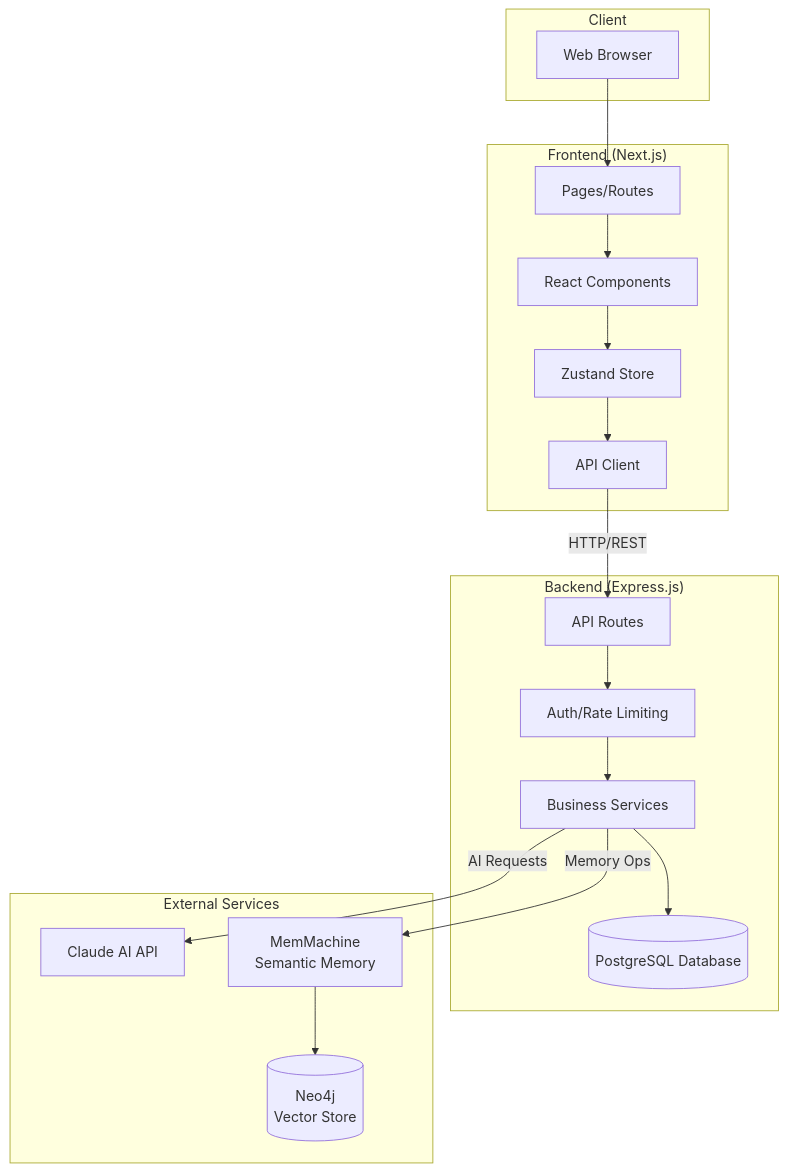
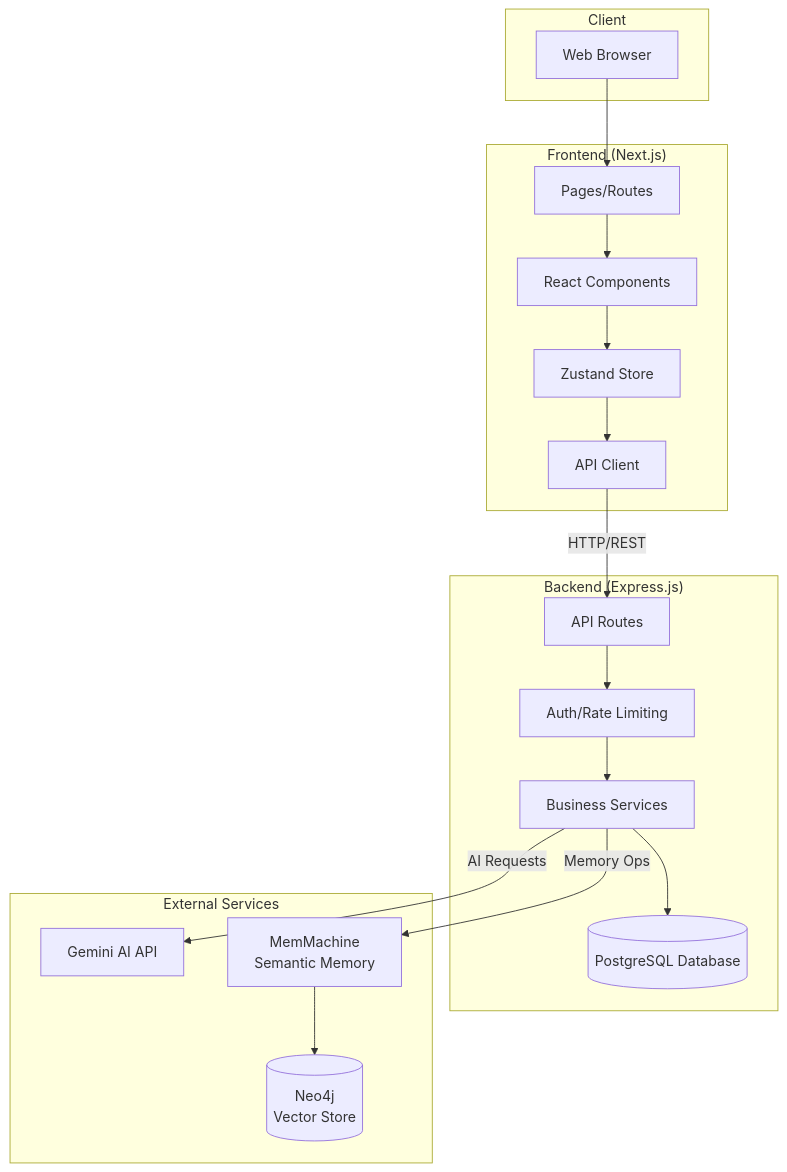
The first of 12 diagrams in Documentation/ARCHITECTURE.md (JLawMcGraw/alchemix), drawn with Mermaid before and after one commit. The commit also changed other lines of this file and 24 other files, not shown here.

````diff
--- a/Documentation/ARCHITECTURE.md
+++ b/Documentation/ARCHITECTURE.md
@@ -31,38 +31,38 @@
 ```mermaid
 graph TB
     subgraph Client
         Browser[Web Browser]
     end
 
     subgraph Frontend["Frontend (Next.js)"]
         Pages[Pages/Routes]
         Components[React Components]
         Store[Zustand Store]
         API_Client[API Client]
     end
 
     subgraph Backend["Backend (Express.js)"]
         Routes[API Routes]
         Services[Business Services]
         Middleware[Auth/Rate Limiting]
         DB[(PostgreSQL Database)]
     end
 
     subgraph External["External Services"]
-        Claude[Claude AI API]
+        Gemini[Gemini AI API]
         MemMachine[MemMachine<br/>Semantic Memory]
         Neo4j[(Neo4j<br/>Vector Store)]
     end
 
     Browser --> Pages
     Pages --> Components
     Components --> Store
     Store --> API_Client
     API_Client -->|HTTP/REST| Routes
     Routes --> Middleware
     Middleware --> Services
     Services --> DB
-    Services -->|AI Requests| Claude
+    Services -->|AI Requests| Gemini
     Services -->|Memory Ops| MemMachine
     MemMachine --> Neo4j
 ```
````
